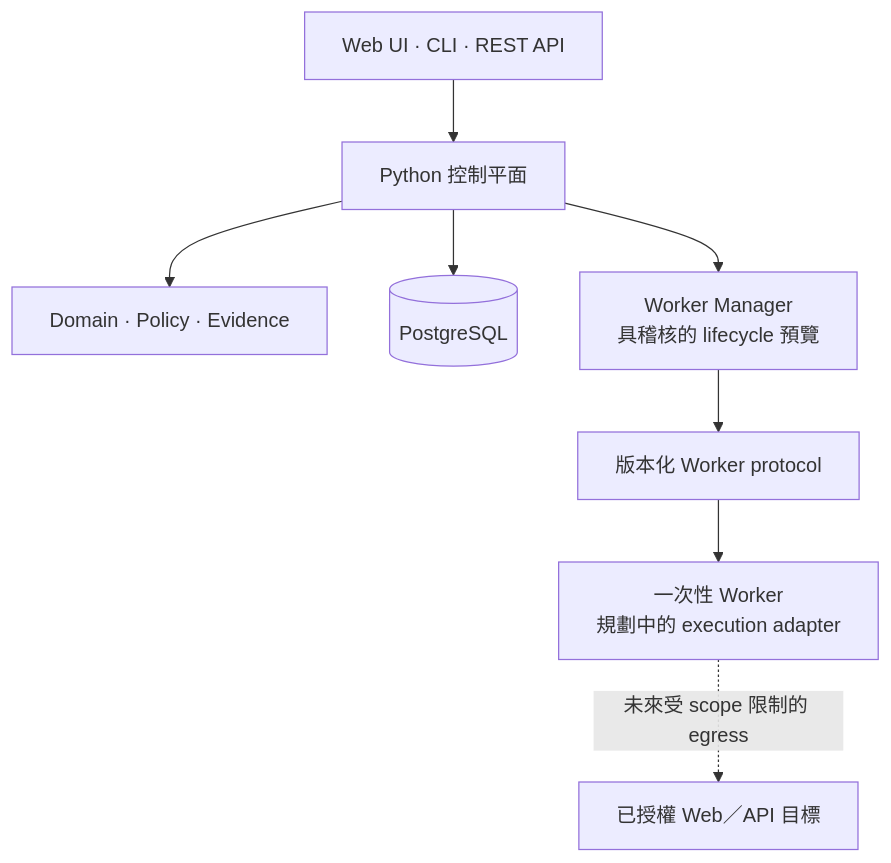
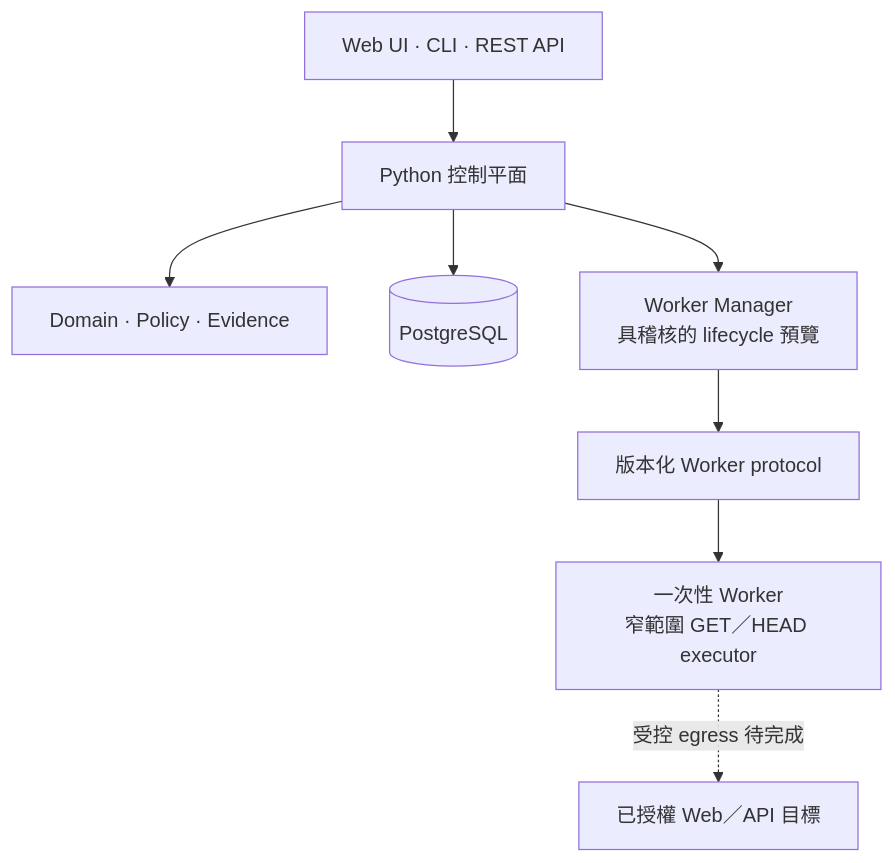
One commit to and910805/vuln-proof-claw changed the diagram in README.zh-TW.md. Above: the diagram before and after it, drawn with Mermaid. The commit also changed other lines of this file and 29 other files, not shown here.

````diff
--- a/README.zh-TW.md
+++ b/README.zh-TW.md
@@ -145,10 +145,10 @@
 ```mermaid
 flowchart TD
     Clients["Web UI · CLI · REST API"] --> Control["Python 控制平面"]
     Control --> Domain["Domain · Policy · Evidence"]
     Control --> Database[("PostgreSQL")]
     Control --> Manager["Worker Manager<br/>具稽核的 lifecycle 預覽"]
     Manager --> Protocol["版本化 Worker protocol"]
-    Protocol --> Worker["一次性 Worker<br/>規劃中的 execution adapter"]
-    Worker -. "未來受 scope 限制的 egress" .-> Target["已授權 Web／API 目標"]
+    Protocol --> Worker["一次性 Worker<br/>窄範圍 GET／HEAD executor"]
+    Worker -. "受控 egress 待完成" .-> Target["已授權 Web／API 目標"]
 ```
````
